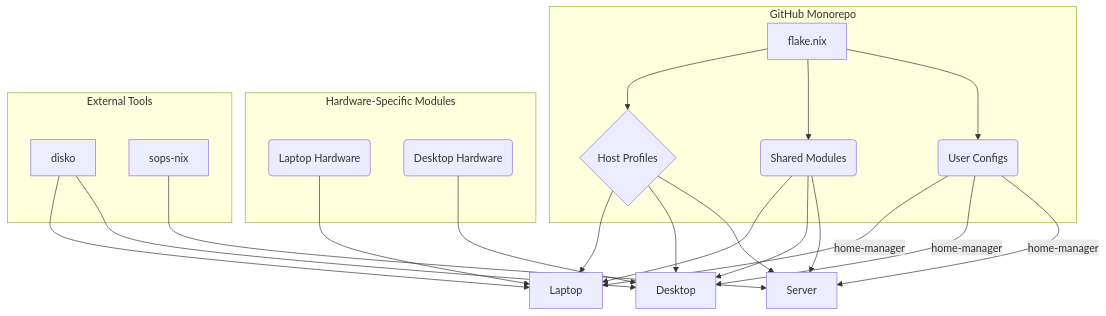
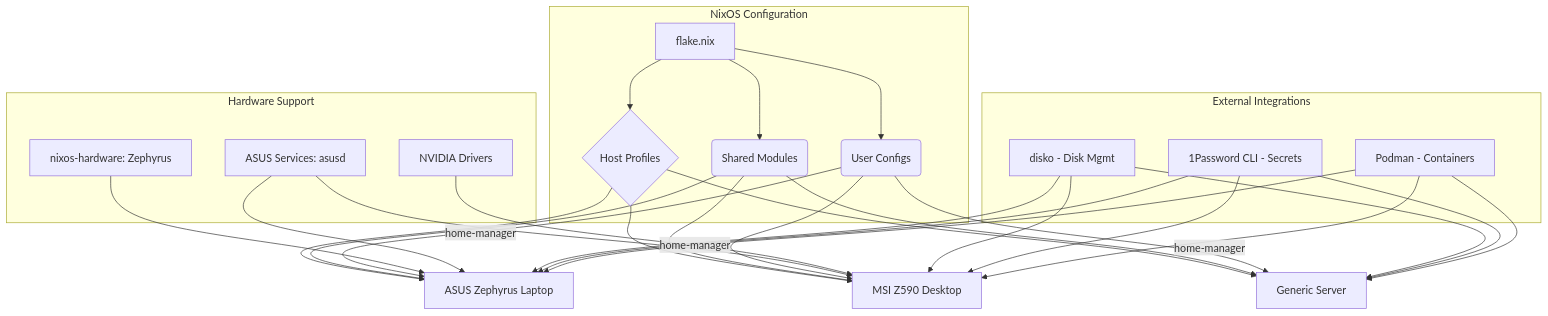
Before and after one commit to hbohlen/hbohlen-io: the diagram in docs/architecture/2-high-level-architecture.md, drawn with Mermaid. The commit also changed other lines of this file and 20 other files, not shown here.

First line of the commit message:
Refactor NixOS architecture documentation and workflows

````diff
--- a/docs/architecture/2-high-level-architecture.md
+++ b/docs/architecture/2-high-level-architecture.md
@@ -16,37 +24,47 @@
 ```mermaid
 graph TD
-    subgraph "GitHub Monorepo"
+    subgraph "NixOS Configuration"
         A[flake.nix] --> B{Host Profiles}
         A --> C(Shared Modules)
         A --> D(User Configs)
     end
 
-    B --> B1[Laptop]
-    B --> B2[Desktop]
-    B --> B3[Server]
+    B --> B1[ASUS Zephyrus Laptop]
+    B --> B2[MSI Z590 Desktop]
+    B --> B3[Generic Server]
 
     C --> B1
     C --> B2
     C --> B3
 
     D -- home-manager --> B1
     D -- home-manager --> B2
     D -- home-manager --> B3
 
-    subgraph "Hardware-Specific Modules"
-        H1(Laptop Hardware)
-        H2(Desktop Hardware)
+    subgraph "Hardware Support"
+        H1[nixos-hardware: Zephyrus]
+        H2[ASUS Services: asusd]
+        H3[NVIDIA Drivers]
     end
 
     H1 --> B1
+    H2 --> B1
     H2 --> B2
+    H3 --> B2
 
-    subgraph "External Tools"
-        T1[disko]
-        T2[sops-nix]
+    subgraph "External Integrations"
+        T1[disko - Disk Mgmt]
+        T2[1Password CLI - Secrets]
+        T3[Podman - Containers]
     end
 
     T1 --> B1
     T1 --> B2
+    T1 --> B3
+    T2 --> B1
+    T2 --> B2
     T2 --> B3
+    T3 --> B1
+    T3 --> B2
+    T3 --> B3
 ```
````
